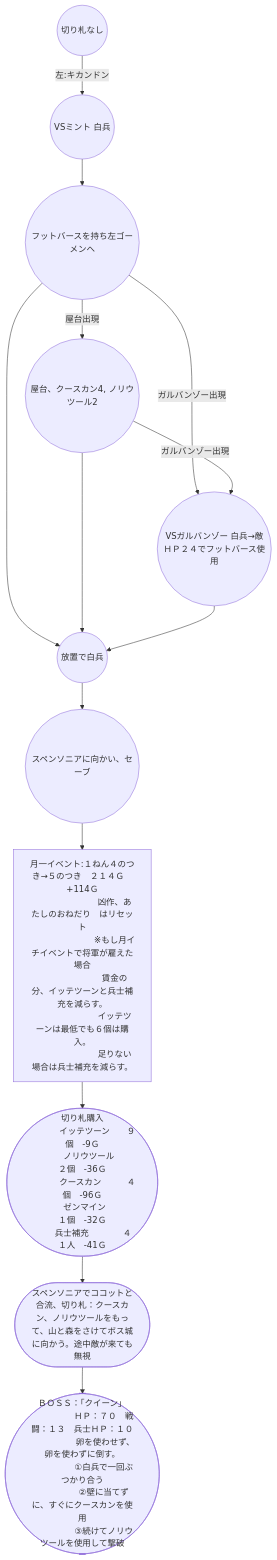
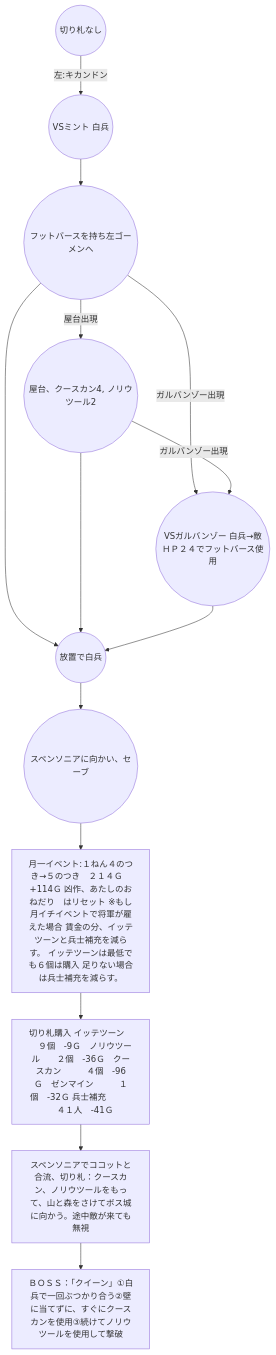
The third of 3 diagrams in README.md (azumag/hanjuku-sfc-speedrun), drawn with Mermaid before and after one commit.

````diff
--- a/README.md
+++ b/README.md
@@ -21,33 +21,16 @@
 ```mermaid
 graph TB
 	A((切り札なし))--左:キカンドン-->B((VSミント 白兵))
 	B-->C((フットバースを持ち左ゴーメンへ))
 	C--屋台出現-->D((屋台、クースカン4, ノリウツール2))
 	C-->E((放置で白兵))
 	C--ガルバンゾー出現-->F((VSガルバンゾー 白兵→敵ＨＰ２４でフットバース使用))
 	D--ガルバンゾー出現-->F
 	D-->E
 	F-->E
 	E-->G((スペンソニアに向かい、セーブ))
-	G-->H["月一イベント:１ねん４のつき→５のつき　２１４Ｇ　+114Ｇ
-			凶作、あたしのおねだり　はリセット
-			※もし月イチイベントで将軍が雇えた場合
-			賃金の分、イッテツーンと兵士補充を減らす。
-			イッテツーンは最低でも６個は購入。
-			足りない場合は兵士補充を減らす。"
-			]
-	H-->J(["切り札購入
-	　イッテツーン　　９個　-9Ｇ
-	　ノリウツール　　２個　-36Ｇ
-	　クースカン　　　４個　-96Ｇ
-	　ゼンマイン　　　１個　-32Ｇ
-	兵士補充　　　　４１人　-41Ｇ"])
-	J-->K(["スペンソニアでココットと合流、切り札：クースカン、ノリウツールをもって、山と森をさけてボス城に向かう。途中敵が来ても無視"])
-	K-->L(["ＢＯＳＳ：「クイーン」
-		ＨＰ：７０　戦闘：１３　兵士ＨＰ：１０
-		 卵を使わせず、卵を使わずに倒す。
-		①白兵で一回ぶつかり合う
-		②壁に当てずに、すぐにクースカンを使用
-		③続けてノリウツールを使用して撃破"
-		])
+	G-->H["月一イベント:１ねん４のつき→５のつき　２１４Ｇ　+114Ｇ 凶作、あたしのおねだり　はリセット ※もし月イチイベントで将軍が雇えた場合 賃金の分、イッテツーンと兵士補充を減らす。 イッテツーンは最低でも６個は購入 足りない場合は兵士補充を減らす。"]
+	H-->J["切り札購入 イッテツーン　　９個　-9Ｇ　ノリウツール　　２個　-36Ｇ　クースカン　　　４個　-96Ｇ　ゼンマイン　　　１個　-32Ｇ 兵士補充　　　　４１人　-41Ｇ"]
+	J-->K["スペンソニアでココットと合流、切り札：クースカン、ノリウツールをもって、山と森をさけてボス城に向かう。途中敵が来ても無視"]
+	K-->L["ＢＯＳＳ：「クイーン」①白兵で一回ぶつかり合う②壁に当てずに、すぐにクースカンを使用③続けてノリウツールを使用して撃破"]
 ```
````
